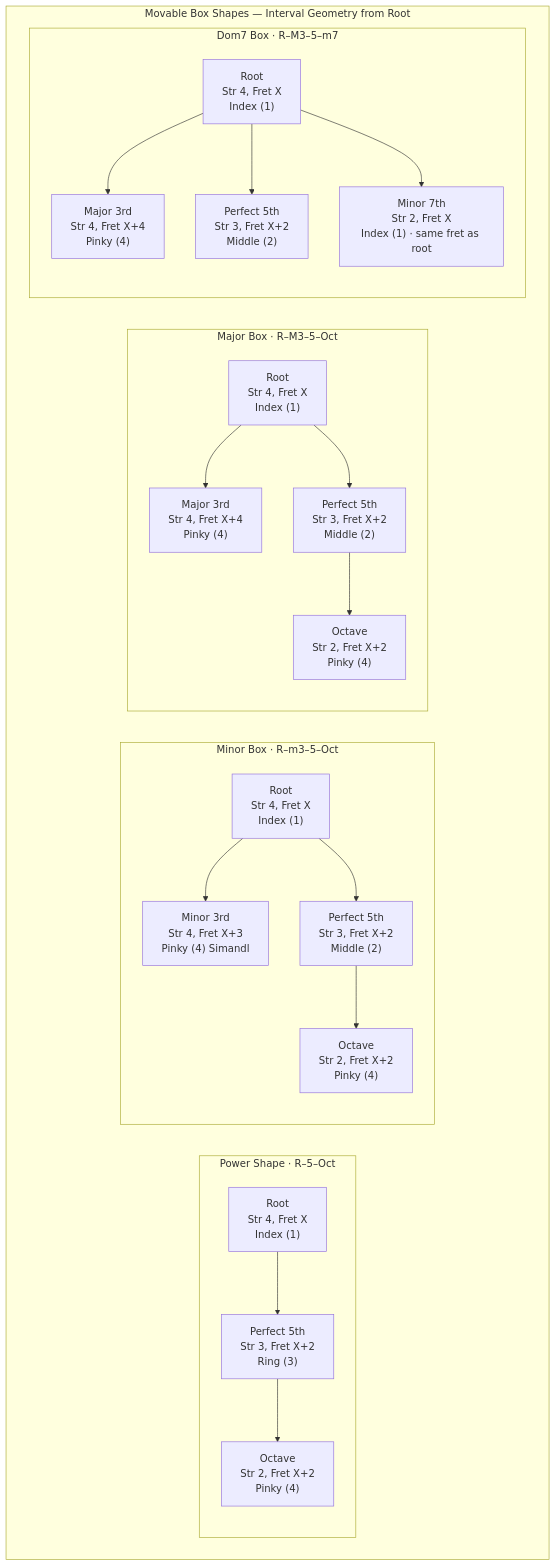
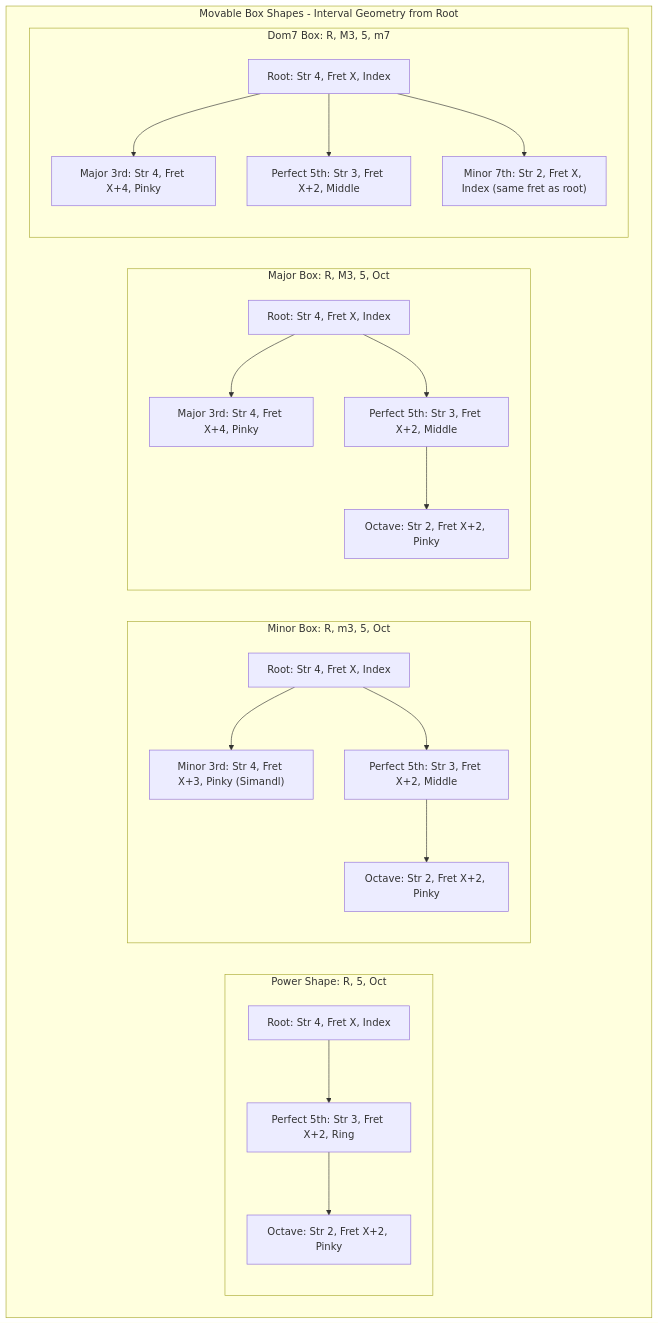
The fifth of 6 diagrams in topics/arts/music_performance/bass_guitar/lesson_01_technique_and_fretboard_mechanics.md (blebleblee/synapse), drawn with Mermaid before and after one commit. The commit also changed other lines of this file and 4 other files, not shown here.

````diff
--- a/topics/arts/music_performance/bass_guitar/lesson_01_technique_and_fretboard_mechanics.md
+++ b/topics/arts/music_performance/bass_guitar/lesson_01_technique_and_fretboard_mechanics.md
@@ -462,36 +418,36 @@
 ```mermaid
 graph TD
-    subgraph sub_boxes ["Movable Box Shapes — Interval Geometry from Root"]
-        subgraph sub_power ["Power Shape · R–5–Oct"]
-            PR["Root\nStr 4, Fret X\nIndex (1)"]
-            PP5["Perfect 5th\nStr 3, Fret X+2\nRing (3)"]
-            POct["Octave\nStr 2, Fret X+2\nPinky (4)"]
+    subgraph sub_boxes ["Movable Box Shapes - Interval Geometry from Root"]
+        subgraph sub_power ["Power Shape: R, 5, Oct"]
+            PR["Root: Str 4, Fret X, Index"]
+            PP5["Perfect 5th: Str 3, Fret X+2, Ring"]
+            POct["Octave: Str 2, Fret X+2, Pinky"]
             PR --> PP5 --> POct
         end
-        subgraph sub_minor ["Minor Box · R–m3–5–Oct"]
-            MR["Root\nStr 4, Fret X\nIndex (1)"]
-            Mm3["Minor 3rd\nStr 4, Fret X+3\nPinky (4) Simandl"]
-            MP5["Perfect 5th\nStr 3, Fret X+2\nMiddle (2)"]
-            MOct["Octave\nStr 2, Fret X+2\nPinky (4)"]
+        subgraph sub_minor ["Minor Box: R, m3, 5, Oct"]
+            MR["Root: Str 4, Fret X, Index"]
+            Mm3["Minor 3rd: Str 4, Fret X+3, Pinky (Simandl)"]
+            MP5["Perfect 5th: Str 3, Fret X+2, Middle"]
+            MOct["Octave: Str 2, Fret X+2, Pinky"]
             MR --> Mm3
             MR --> MP5 --> MOct
         end
-        subgraph sub_major ["Major Box · R–M3–5–Oct"]
-            AR["Root\nStr 4, Fret X\nIndex (1)"]
-            AM3["Major 3rd\nStr 4, Fret X+4\nPinky (4)"]
-            AP5["Perfect 5th\nStr 3, Fret X+2\nMiddle (2)"]
-            AOct["Octave\nStr 2, Fret X+2\nPinky (4)"]
+        subgraph sub_major ["Major Box: R, M3, 5, Oct"]
+            AR["Root: Str 4, Fret X, Index"]
+            AM3["Major 3rd: Str 4, Fret X+4, Pinky"]
+            AP5["Perfect 5th: Str 3, Fret X+2, Middle"]
+            AOct["Octave: Str 2, Fret X+2, Pinky"]
             AR --> AM3
             AR --> AP5 --> AOct
         end
-        subgraph sub_dom7 ["Dom7 Box · R–M3–5–m7"]
-            DR["Root\nStr 4, Fret X\nIndex (1)"]
-            DM3["Major 3rd\nStr 4, Fret X+4\nPinky (4)"]
-            DP5["Perfect 5th\nStr 3, Fret X+2\nMiddle (2)"]
-            Dm7["Minor 7th\nStr 2, Fret X\nIndex (1) · same fret as root"]
+        subgraph sub_dom7 ["Dom7 Box: R, M3, 5, m7"]
+            DR["Root: Str 4, Fret X, Index"]
+            DM3["Major 3rd: Str 4, Fret X+4, Pinky"]
+            DP5["Perfect 5th: Str 3, Fret X+2, Middle"]
+            Dm7["Minor 7th: Str 2, Fret X, Index (same fret as root)"]
             DR --> DM3
             DR --> DP5
             DR --> Dm7
         end
     end
 ```
````
